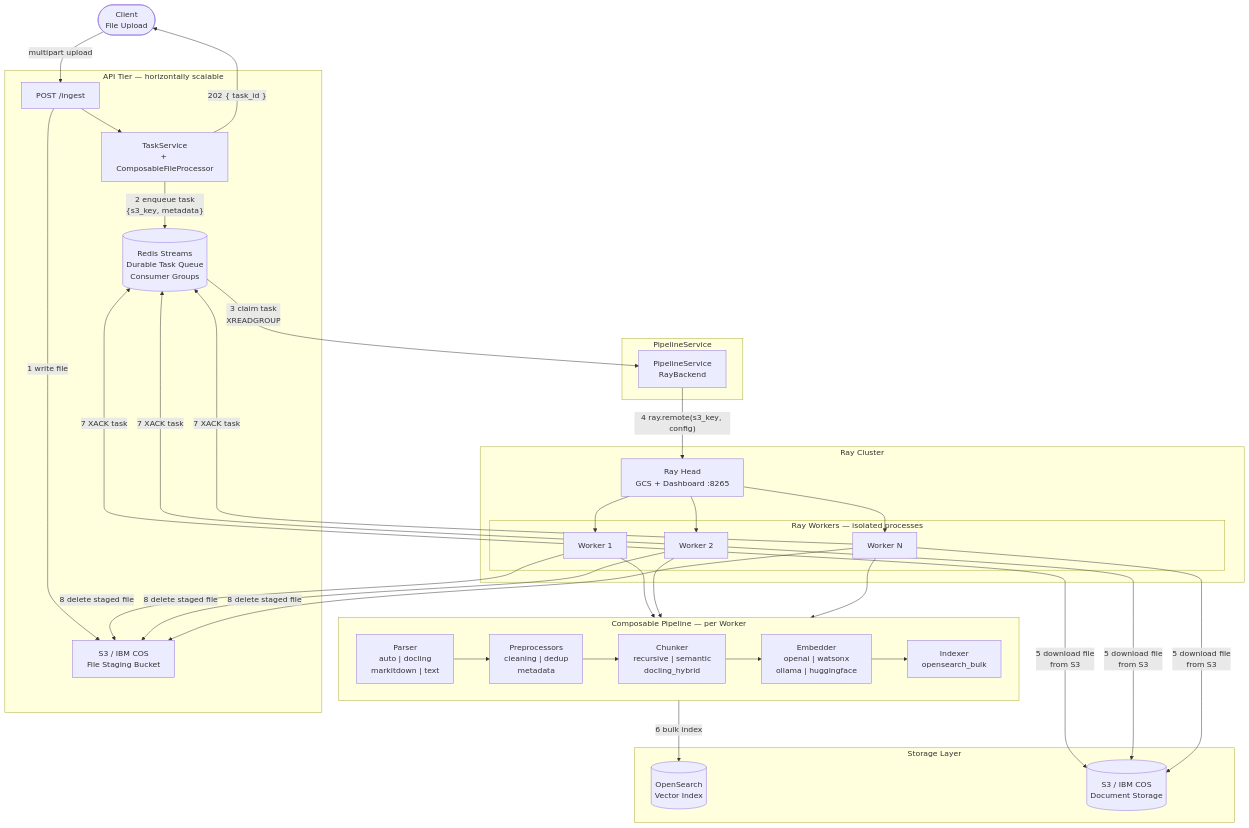
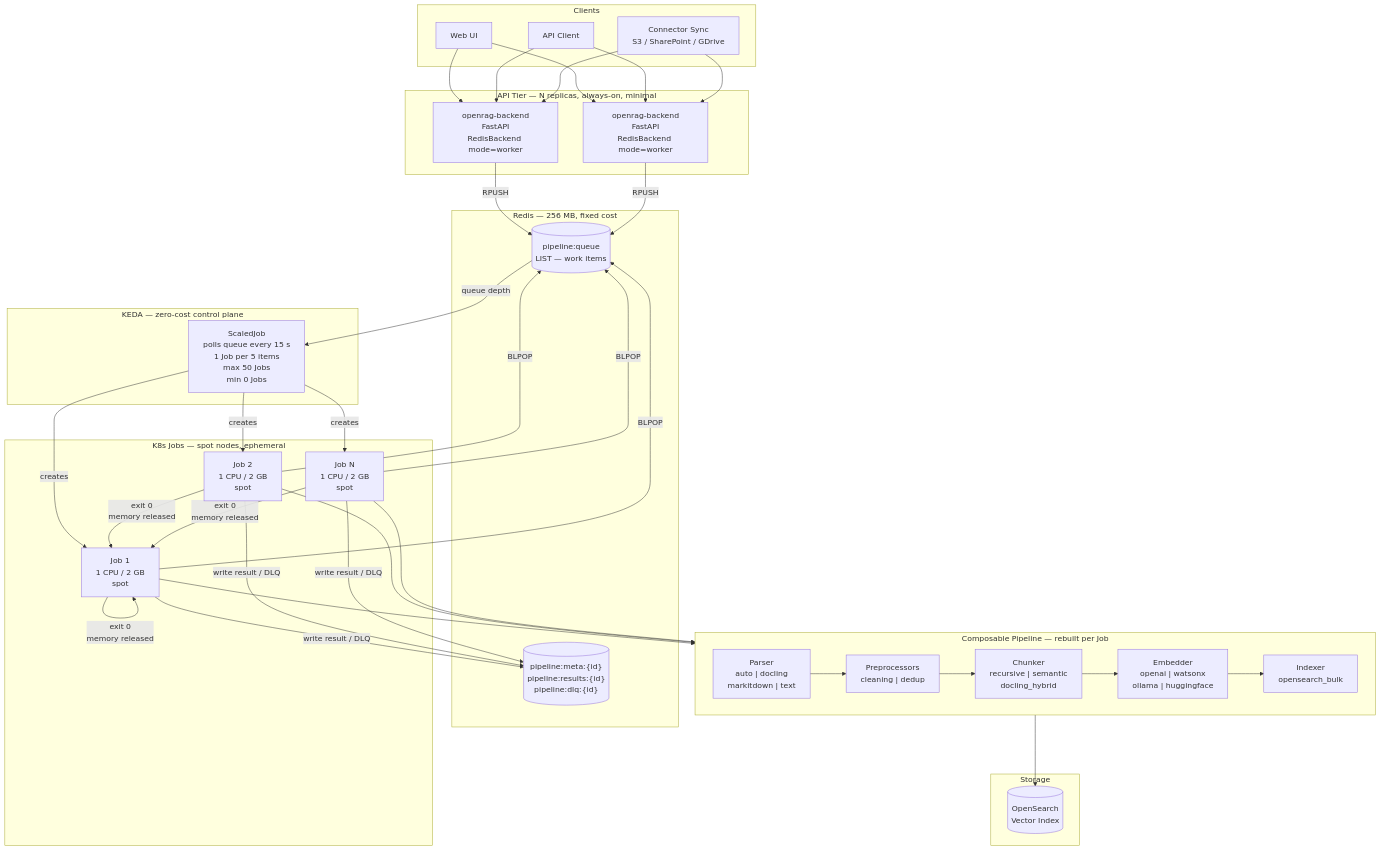
Before and after one commit to AgNess-G/openrag: the diagram in Arch/scalable.md, drawn with Mermaid. The commit also changed other lines of this file and 27 other files, not shown here.

First line of the commit message:
Switch execution backend from Ray to Redis+KEDA

````diff
--- a/Arch/scalable.md
+++ b/Arch/scalable.md
@@ -23,55 +28,55 @@
 ```mermaid
 flowchart TB
-    Client(["Client\nFile Upload"])
-
-    subgraph api [API Tier — horizontally scalable]
-        Upload["POST /ingest"]
-        TaskSvc["TaskService\n+ ComposableFileProcessor"]
-        S3Stage["S3 / IBM COS\nFile Staging Bucket"]
-        RedisQ[("Redis Streams\nDurable Task Queue\nConsumer Groups")]
+    subgraph clients [Clients]
+        C1["Web UI"]
+        C2["API Client"]
+        C3["Connector Sync\nS3 / SharePoint / GDrive"]
     end
 
-    subgraph pipeline_svc [PipelineService]
-        PS["PipelineService\nRayBackend"]
+    subgraph api_tier [API Tier — N replicas, always-on, minimal]
+        API1["openrag-backend\nFastAPI\nRedisBackend mode=worker"]
+        API2["openrag-backend\nFastAPI\nRedisBackend mode=worker"]
     end
 
-    subgraph ray_cluster [Ray Cluster]
-        RayHead["Ray Head\nGCS + Dashboard :8265"]
-        subgraph workers [Ray Workers — isolated processes]
-            RW1["Worker 1"]
-            RW2["Worker 2"]
-            RWN["Worker N"]
-        end
-        RayHead --> RW1 & RW2 & RWN
+    subgraph queue [Redis — 256 MB, fixed cost]
+        Q[("pipeline:queue\nLIST — work items")]
+        Meta[("pipeline:meta:{id}\npipeline:results:{id}\npipeline:dlq:{id}")]
     end
 
-    subgraph pipeline_stages [Composable Pipeline — per Worker]
+    subgraph keda [KEDA — zero-cost control plane]
+        ScaledJob["ScaledJob\npolls queue every 15 s\n1 Job per 5 items\nmax 50 Jobs\nmin 0 Jobs"]
+    end
+
+    subgraph workers [K8s Jobs — spot nodes, ephemeral]
+        W1["Job 1\n1 CPU / 2 GB\nspot"]
+        W2["Job 2\n1 CPU / 2 GB\nspot"]
+        WN["Job N\n1 CPU / 2 GB\nspot"]
+    end
+
+    subgraph pipeline [Composable Pipeline — rebuilt per Job]
         direction LR
         Parser["Parser\nauto | docling\nmarkitdown | text"]
-        Pre["Preprocessors\ncleaning | dedup\nmetadata"]
+        Pre["Preprocessors\ncleaning | dedup"]
         Chunker["Chunker\nrecursive | semantic\ndocling_hybrid"]
         Embedder["Embedder\nopenai | watsonx\nollama | huggingface"]
         Indexer["Indexer\nopensearch_bulk"]
         Parser --> Pre --> Chunker --> Embedder --> Indexer
     end
 
-    subgraph storage [Storage Layer]
+    subgraph storage [Storage]
         OS[("OpenSearch\nVector Index")]
-        S3Store[("S3 / IBM COS\nDocument Storage")]
     end
 
-    Client -->|"multipart upload"| Upload
-    Upload -->|"1 write file"| S3Stage
-    Upload --> TaskSvc
-    TaskSvc -->|"2 enqueue task\n{s3_key, metadata}"| RedisQ
-    TaskSvc -->|"202 { task_id }"| Client
+    C1 & C2 & C3 --> API1 & API2
+    API1 & API2 -->|"RPUSH"| Q
 
-    RedisQ -->|"3 claim task\nXREADGROUP"| PS
-    PS -->|"4 ray.remote(s3_key, config)"| RayHead
+    Q -->|"queue depth"| ScaledJob
+    ScaledJob -->|"creates"| W1 & W2 & WN
 
-    RW1 & RW2 & RWN -->|"5 download file\nfrom S3"| S3Store
-    RW1 & RW2 & RWN --> Parser
-    Indexer -->|"6 bulk index"| OS
-    RW1 & RW2 & RWN -->|"7 XACK task"| RedisQ
-    RW1 & RW2 & RWN -->|"8 delete staged file"| S3Stage
+    W1 & W2 & WN -->|"BLPOP"| Q
+    W1 & W2 & WN --> pipeline
+    pipeline --> OS
+    W1 & W2 & WN -->|"write result / DLQ"| Meta
+
+    W1 & W2 & WN -->|"exit 0\nmemory released"| W1
 ```
````
